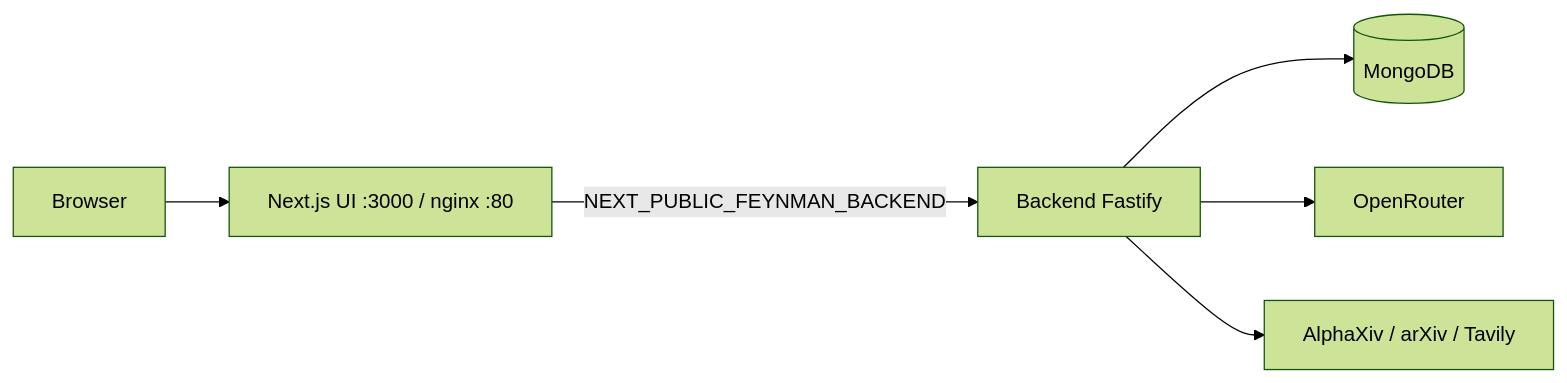
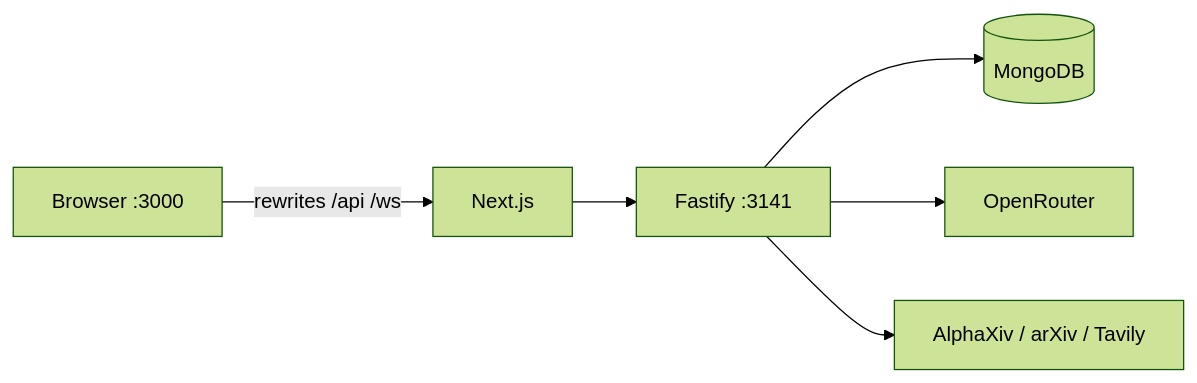
One commit to pchukwuemeka424/Garilai-FrontEnd changed the first of 6 diagrams in PROJECT_WORKFLOW.md. Above: the diagram before and after it, drawn with Mermaid (forest theme). The commit also changed other lines of this file and 360 other files, not shown here.

````diff
--- a/PROJECT_WORKFLOW.md
+++ b/PROJECT_WORKFLOW.md
@@ -11,8 +9,8 @@
 ```mermaid
 flowchart LR
-  Browser["Browser"] --> Next["Next.js UI :3000 / nginx :80"]
-  Next -->|"NEXT_PUBLIC_FEYNMAN_BACKEND"| API["Backend Fastify"]
+  Browser["Browser :3000"] -->|rewrites /api /ws| Next["Next.js"]
+  Next --> API["Fastify :3141"]
   API --> Mongo[(MongoDB)]
   API --> OR[OpenRouter]
   API --> LitSrc[AlphaXiv / arXiv / Tavily]
 ```
````
